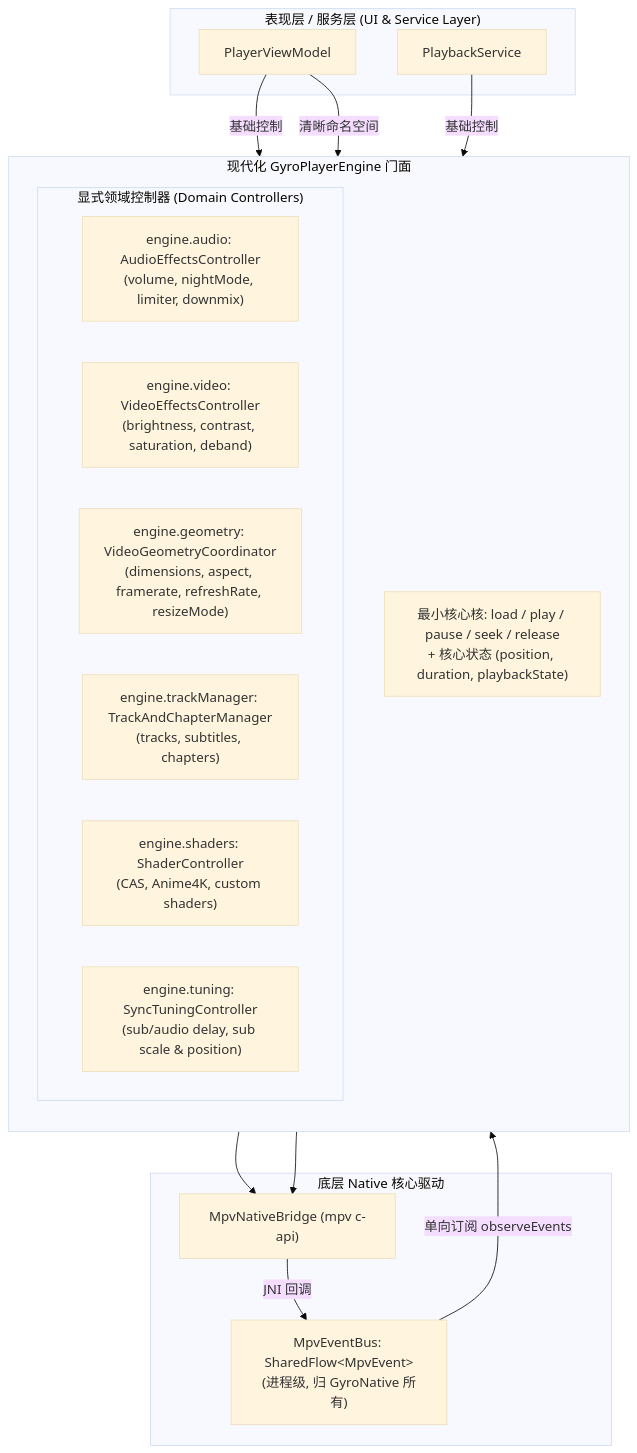
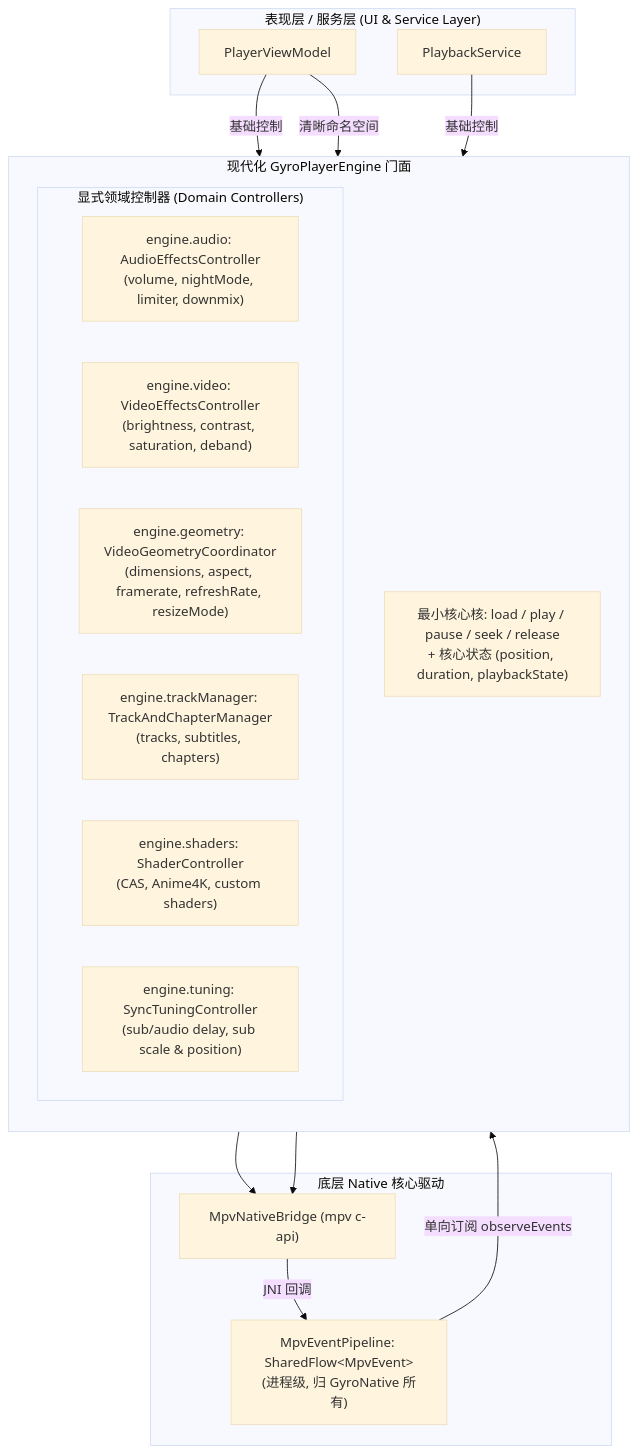
One commit to infinitezerone/Gyro changed the second of 2 diagrams in docs/PLAYER_PLAN.md. Above: the diagram before and after it, drawn with Mermaid (base theme). The commit also changed 5 other files, not shown here.

First line of the commit message:
refactor(engine): rename MpvEventBus to MpvEventPipeline

````diff
--- a/docs/PLAYER_PLAN.md
+++ b/docs/PLAYER_PLAN.md
@@ -124,35 +124,35 @@
 ```mermaid
 flowchart TD
     subgraph UI_Service ["表现层 / 服务层 (UI & Service Layer)"]
         VM["PlayerViewModel"]
         Service["PlaybackService"]
     end
 
     subgraph EngineFacade ["现代化 GyroPlayerEngine 门面"]
         direction TB
         CorePlay["最小核心核: load / play / pause / seek / release\n+ 核心状态 (position, duration, playbackState)"]
 
         subgraph DomainControllers ["显式领域控制器 (Domain Controllers)"]
             AudioCtrl["engine.audio: AudioEffectsController\n(volume, nightMode, limiter, downmix)"]
             VideoCtrl["engine.video: VideoEffectsController\n(brightness, contrast, saturation, deband)"]
             GeomCtrl["engine.geometry: VideoGeometryCoordinator\n(dimensions, aspect, framerate, refreshRate, resizeMode)"]
             TrackCtrl["engine.trackManager: TrackAndChapterManager\n(tracks, subtitles, chapters)"]
             ShaderCtrl["engine.shaders: ShaderController\n(CAS, Anime4K, custom shaders)"]
             TuningCtrl["engine.tuning: SyncTuningController\n(sub/audio delay, sub scale & position)"]
         end
     end
 
     subgraph NativeCore ["底层 Native 核心驱动"]
         Bridge["MpvNativeBridge (mpv c-api)"]
-        Bus["MpvEventBus: SharedFlow&lt;MpvEvent&gt;\n(进程级, 归 GyroNative 所有)"]
+        Bus["MpvEventPipeline: SharedFlow&lt;MpvEvent&gt;\n(进程级, 归 GyroNative 所有)"]
     end
 
     VM -->|"清晰命名空间"| DomainControllers
     VM -->|"基础控制"| CorePlay
     Service -->|"基础控制"| CorePlay
 
     CorePlay --> Bridge
     DomainControllers --> Bridge
     Bridge -->|"JNI 回调"| Bus
     Bus -->|"单向订阅 observeEvents"| DomainControllers
 ```
````
